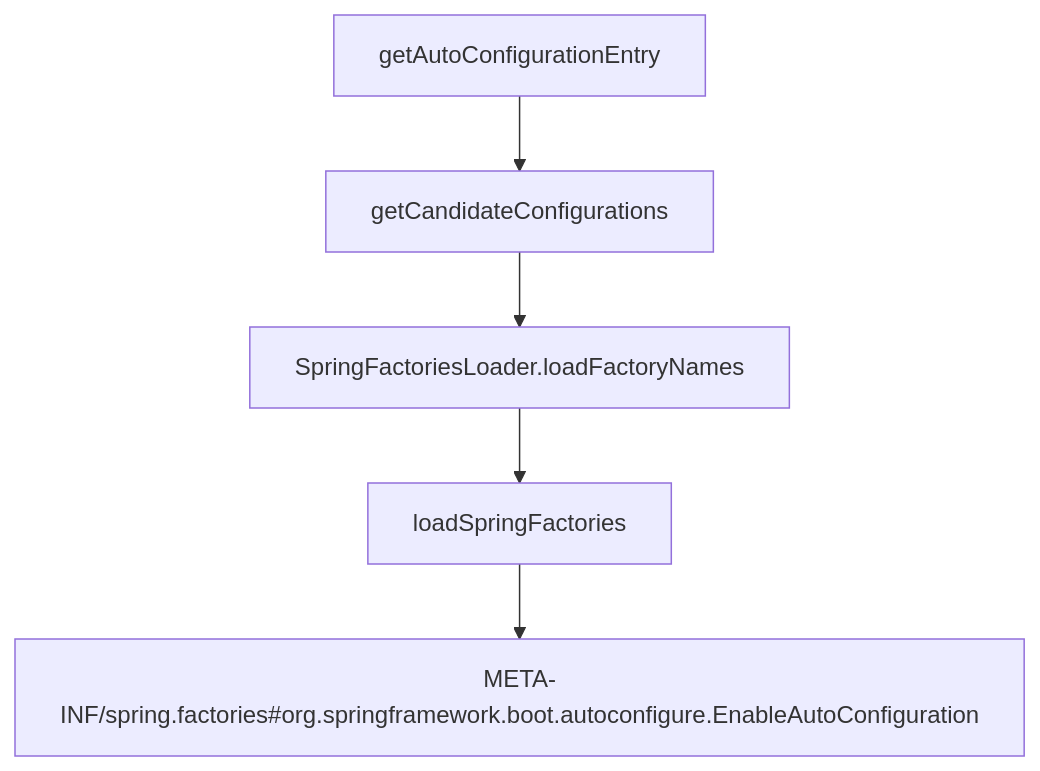
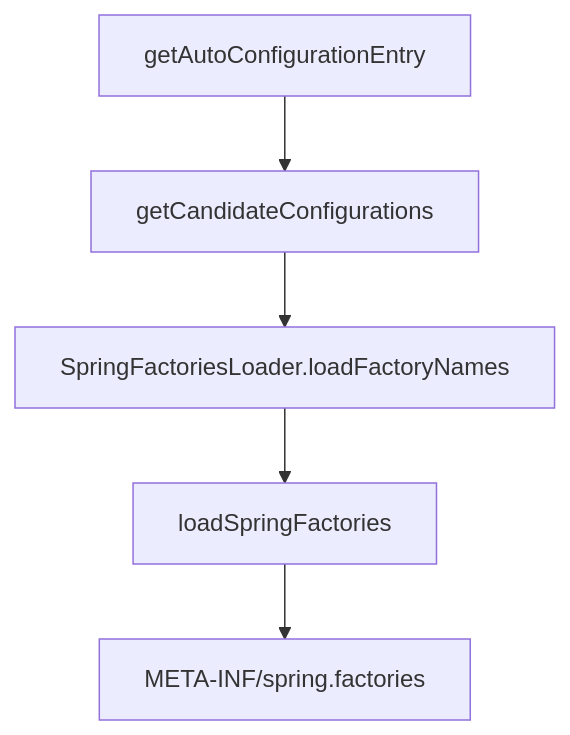
The diagram in _posts/program/2021-03-23-java-spring-boot-2-02.md (cloudland/cloudland.github.io), drawn with Mermaid before and after one commit. The commit also changed other lines of this file and 3 other files, not shown here.

````diff
--- a/_posts/program/2021-03-23-java-spring-boot-2-02.md
+++ b/_posts/program/2021-03-23-java-spring-boot-2-02.md
@@ -33,12 +35,12 @@
 ```mermaid
 graph TB;
     A[getAutoConfigurationEntry]
     B[getCandidateConfigurations]
     C[SpringFactoriesLoader.loadFactoryNames]
     D[loadSpringFactories]
-    E[META-INF/spring.factories#org.springframework.boot.autoconfigure.EnableAutoConfiguration]
+    E[META-INF/spring.factories]
     A-->B;
     B-->C;
     C-->D;
     D-->E;
 ```
````
